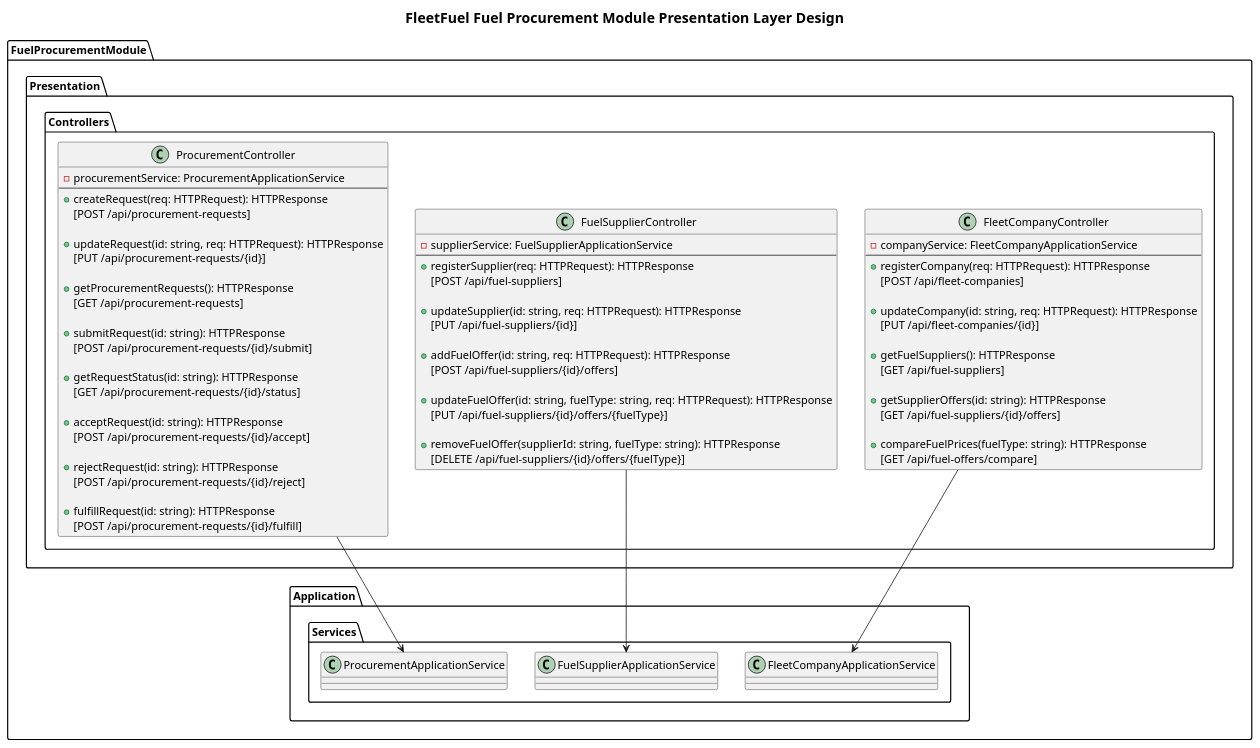
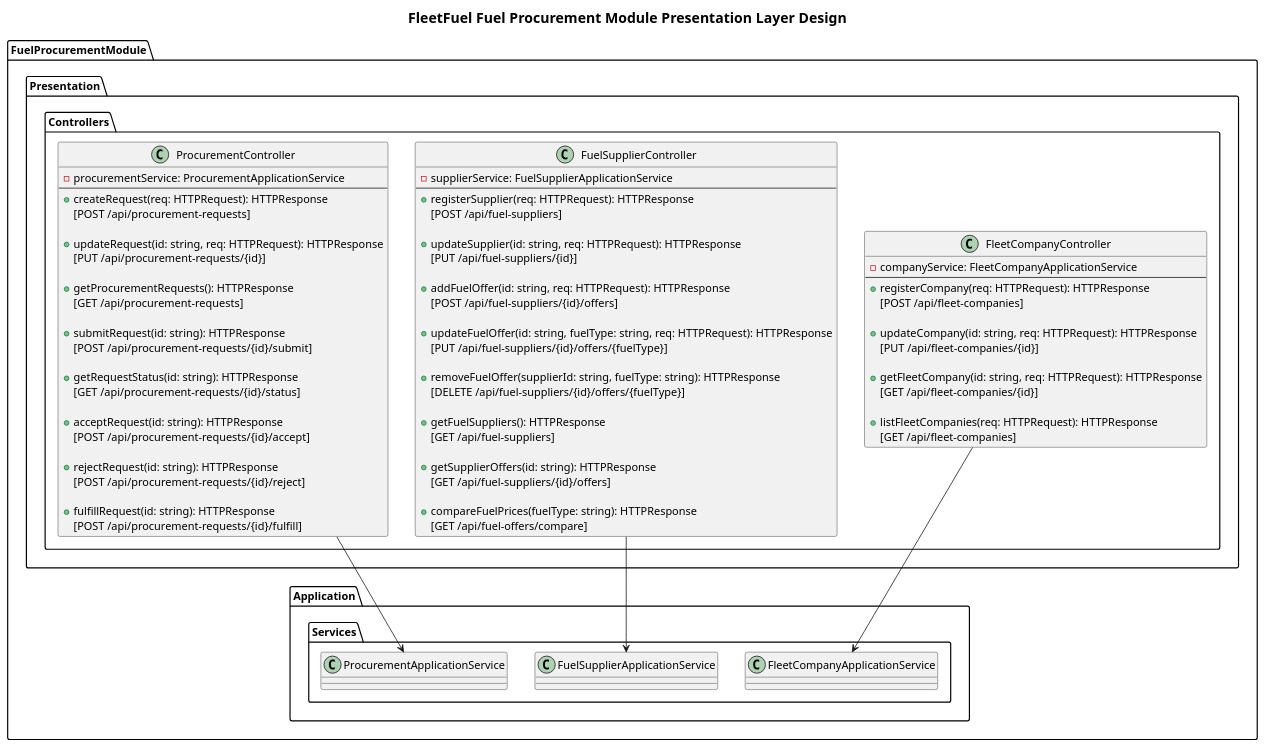
One commit to mirukibs/FleetFuel changed the diagram in Backend/FuelProcurementModule/Presentation/Presentation.puml. Above: the diagram before and after it, drawn with PlantUML. The commit also changed 58 other files, not shown here.

Commit message:
Modified the authentication module and refined the whole system's flow

```diff
--- a/Backend/FuelProcurementModule/Presentation/Presentation.puml
+++ b/Backend/FuelProcurementModule/Presentation/Presentation.puml
@@ -1,98 +1,104 @@
 @startuml
 skinparam handwritten false
 skinparam titleFontSize 18
 title FleetFuel Fuel Procurement Module Presentation Layer Design
 
 Package FuelProcurementModule {
 
     ' --- APPLICATION LAYER (For Context) ---
     Package Application {
         Package Services {
             Class FleetCompanyApplicationService
             Class FuelSupplierApplicationService
             Class ProcurementApplicationService
         }
     }
 
     ' --- PRESENTATION LAYER ---
     Package Presentation {
 
         Package Controllers {
 
             Class FleetCompanyController {
                 - companyService: FleetCompanyApplicationService
                 ---
                 + registerCompany(req: HTTPRequest): HTTPResponse
                   [POST /api/fleet-companies]
 
                 + updateCompany(id: string, req: HTTPRequest): HTTPResponse
                   [PUT /api/fleet-companies/{id}]
 
-                + getFuelSuppliers(): HTTPResponse
-                  [GET /api/fuel-suppliers]
+                + getFleetCompany(id: string, req: HTTPRequest): HTTPResponse
+                  [GET /api/fleet-companies/{id}]
 
-                + getSupplierOffers(id: string): HTTPResponse
-                  [GET /api/fuel-suppliers/{id}/offers]
-
-                + compareFuelPrices(fuelType: string): HTTPResponse
-                  [GET /api/fuel-offers/compare]
+                + listFleetCompanies(req: HTTPRequest): HTTPResponse
+                  [GET /api/fleet-companies]
             }
 
             Class FuelSupplierController {
                 - supplierService: FuelSupplierApplicationService
                 ---
                 + registerSupplier(req: HTTPRequest): HTTPResponse
                   [POST /api/fuel-suppliers]
 
                 + updateSupplier(id: string, req: HTTPRequest): HTTPResponse
                   [PUT /api/fuel-suppliers/{id}]
 
                 + addFuelOffer(id: string, req: HTTPRequest): HTTPResponse
                   [POST /api/fuel-suppliers/{id}/offers]
 
                 + updateFuelOffer(id: string, fuelType: string, req: HTTPRequest): HTTPResponse
                   [PUT /api/fuel-suppliers/{id}/offers/{fuelType}]
 
                 + removeFuelOffer(supplierId: string, fuelType: string): HTTPResponse
                   [DELETE /api/fuel-suppliers/{id}/offers/{fuelType}]
+
+                + getFuelSuppliers(): HTTPResponse
+                  [GET /api/fuel-suppliers]
+
+                + getSupplierOffers(id: string): HTTPResponse
+                  [GET /api/fuel-suppliers/{id}/offers]
+
+                + compareFuelPrices(fuelType: string): HTTPResponse
+                  [GET /api/fuel-offers/compare]
             }
 
             Class ProcurementController {
                 - procurementService: ProcurementApplicationService
                 ---
                 + createRequest(req: HTTPRequest): HTTPResponse
                   [POST /api/procurement-requests]
 
                 + updateRequest(id: string, req: HTTPRequest): HTTPResponse
                   [PUT /api/procurement-requests/{id}]
 
                 + getProcurementRequests(): HTTPResponse
                   [GET /api/procurement-requests]
 
                 + submitRequest(id: string): HTTPResponse
                   [POST /api/procurement-requests/{id}/submit]
 
                 + getRequestStatus(id: string): HTTPResponse
                   [GET /api/procurement-requests/{id}/status]
 
                 + acceptRequest(id: string): HTTPResponse
                   [POST /api/procurement-requests/{id}/accept]
 
                 + rejectRequest(id: string): HTTPResponse
                   [POST /api/procurement-requests/{id}/reject]
 
                 + fulfillRequest(id: string): HTTPResponse
                   [POST /api/procurement-requests/{id}/fulfill]
             }
         }
     }
 
     ' Controllers call Application Services
 
     FleetCompanyController --> FleetCompanyApplicationService
 
     FuelSupplierController --> FuelSupplierApplicationService
 
     ProcurementController --> ProcurementApplicationService
 }
 @enduml
```
